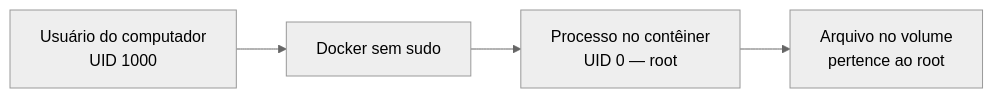
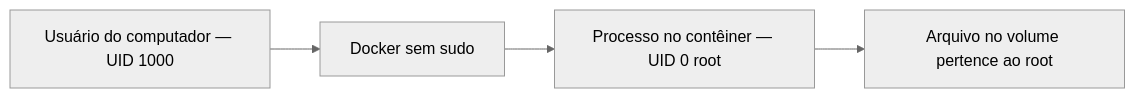
The second of 12 diagrams in docs/encontros/encontro-17.md (luciano-alexandre/sistemas-corporativos), drawn with Mermaid (neutral theme) before and after one commit. The commit also changed other lines of this file, not shown here.

````diff
--- a/docs/encontros/encontro-17.md
+++ b/docs/encontros/encontro-17.md
@@ -58,6 +58,6 @@
 ```mermaid
 flowchart LR
-    U["Usuário do computador<br/>UID 1000"] --> D["Docker sem sudo"]
-    D --> C["Processo no contêiner<br/>UID 0 — root"]
-    C --> F["Arquivo no volume<br/>pertence ao root"]
+    U["Usuário do computador — UID 1000"] --> D["Docker sem sudo"]
+    D --> C["Processo no contêiner — UID 0 root"]
+    C --> F["Arquivo no volume pertence ao root"]
 ```
````
